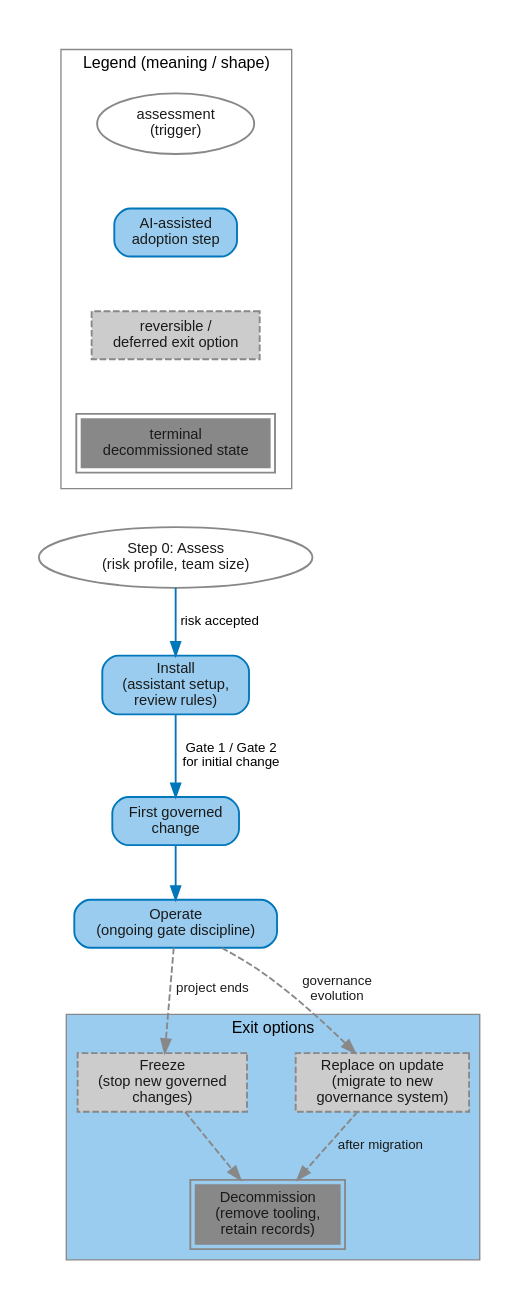
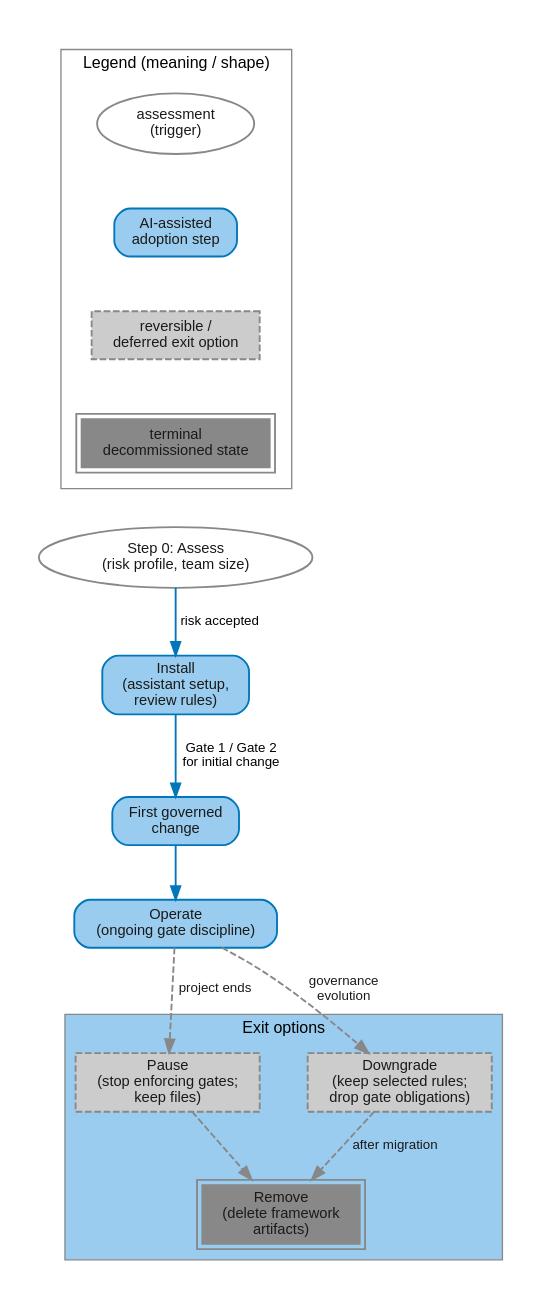
The diagram in agf/docs/figures/src/adoption-exit-flow.dot (janipaijanen/agf-mirror), drawn with Graphviz before and after one commit. The commit also changed 4 other files, not shown here.

```diff
--- a/agf/docs/figures/src/adoption-exit-flow.dot
+++ b/agf/docs/figures/src/adoption-exit-flow.dot
@@ -1,94 +1,94 @@
 // SPDX-License-Identifier: CC-BY-SA-4.0
 // agents-govern: adoption impact and exit/decommission flow
 // Generate: dot -Tsvg adoption-exit-flow.dot -o ../adoption-exit-flow.svg
 //
 // Semantic responsibility palette: agf/docs/site/reference/palette.md
 // ("Semantic responsibility palette" section). This figure's own axis
 // (adoption progress vs. reversible exit vs. terminal decommission
 // state) is not literally "who is responsible for this node," but it
 // reuses the same token set and the same colour-independence discipline
 // (shape differs per meaning, never colour alone) so the whole figure
-// set reads as one palette. "Freeze" and "Replace on update" are
+// set reads as one palette. "Pause" and "Downgrade" are
 // deferred/optional paths -- Reference/deferred content treatment
-// (grey-light, dashed). "Decommission" is the terminal neutral state --
+// (grey-light, dashed). "Remove" is the terminal neutral state --
 // grey-mid (the base palette's own "Neutral / deferred" token, per
 // palette.md's Palette table), solid double border to distinguish it by
 // shape from the dashed deferred-path boxes. Fixes a contrast defect:
-// the prior white-on-grey-mid (#888888) text on "Decommission" was
+// the prior white-on-grey-mid (#888888) text on the terminal node was
 // approximately 3.54:1, below the 4.5:1 AA normal-text threshold this
 // script enforces; text is now #1A1A1A.
 digraph adoption_exit {
     graph [rankdir=TB, splines=spline, pad=0.3, nodesep=0.5, ranksep=0.55,
            bgcolor=white, fontname="Helvetica", fontsize=12]
     node  [fontname="Helvetica", fontsize=11, style=filled, shape=box,
            fillcolor="#99CCEE", color="#0077BB", penwidth=1.4]
     edge  [fontname="Helvetica", fontsize=10, color="#0077BB", penwidth=1.4]
 
     // Shape key: matches the other converted figures' AI action /
     // reference-deferred treatment, plus this figure's own neutral
     // trigger and terminal-state shapes.
     subgraph cluster_shapekey {
         label = "Legend (meaning / shape)"
         fontname = "Helvetica"
         fontsize = 12
         color = "#888888"
         margin = 12
 
         sk_oval      [label="assessment\n(trigger)", shape=ellipse,
                       fillcolor=white, color="#888888", fontcolor="#1A1A1A"]
         sk_ai        [label="AI-assisted\nadoption step",
                       style="filled,rounded", fillcolor="#99CCEE",
                       color="#0077BB", fontcolor="#1A1A1A"]
         sk_reference [label="reversible /\ndeferred exit option",
                       style="filled,dashed", fillcolor="#CCCCCC",
                       color="#888888", fontcolor="#1A1A1A"]
         sk_terminal  [label="terminal\ndecommissioned state",
                       style="filled,bold", peripheries=2, fillcolor="#888888",
                       color="#888888", fontcolor="#1A1A1A"]
 
         sk_oval -> sk_ai -> sk_reference -> sk_terminal [style=invis]
     }
 
     assess   [label="Step 0: Assess\n(risk profile, team size)", shape=ellipse,
               fillcolor=white, color="#888888", fontcolor="#1A1A1A"]
     install  [label="Install\n(assistant setup,\nreview rules)",
               style="filled,rounded", fillcolor="#99CCEE", color="#0077BB",
               fontcolor="#1A1A1A"]
     first    [label="First governed\nchange", style="filled,rounded",
               fillcolor="#99CCEE", color="#0077BB", fontcolor="#1A1A1A"]
     operate  [label="Operate\n(ongoing gate discipline)", style="filled,rounded",
               fillcolor="#99CCEE", color="#0077BB", fontcolor="#1A1A1A"]
 
     subgraph cluster_exit {
         label="Exit options"
         style=filled
         fillcolor="#99CCEE"
         color="#888888"
         fontname="Helvetica"
         fontsize=12
 
-        freeze   [label="Freeze\n(stop new governed\nchanges)", style="filled,dashed",
+        freeze   [label="Pause\n(stop enforcing gates;\nkeep files)", style="filled,dashed",
                   fillcolor="#CCCCCC", color="#888888", fontcolor="#1A1A1A"]
-        replace  [label="Replace on update\n(migrate to new\ngovernance system)",
+        replace  [label="Downgrade\n(keep selected rules;\ndrop gate obligations)",
                   style="filled,dashed", fillcolor="#CCCCCC", color="#888888",
                   fontcolor="#1A1A1A"]
-        decomm   [label="Decommission\n(remove tooling,\nretain records)",
+        decomm   [label="Remove\n(delete framework\nartifacts)",
                   style="filled,bold", peripheries=2, fillcolor="#888888",
                   color="#888888", fontcolor="#1A1A1A"]
     }
 
     // Stack the shape key above the diagram, same technique as the
     // other converted figures.
     sk_terminal -> assess [style=invis]
 
     assess   -> install  [label="risk accepted"]
     install  -> first    [label="Gate 1 / Gate 2\nfor initial change"]
     first    -> operate
     operate  -> freeze   [label="project ends", style=dashed, color="#888888",
                           fontcolor="#1A1A1A"]
     operate  -> replace  [label="governance\nevolution", style=dashed,
                           color="#888888", fontcolor="#1A1A1A"]
     freeze   -> decomm   [style=dashed, color="#888888"]
     replace  -> decomm   [style=dashed, color="#888888",
                           label="after migration", fontcolor="#1A1A1A"]
 }
```
